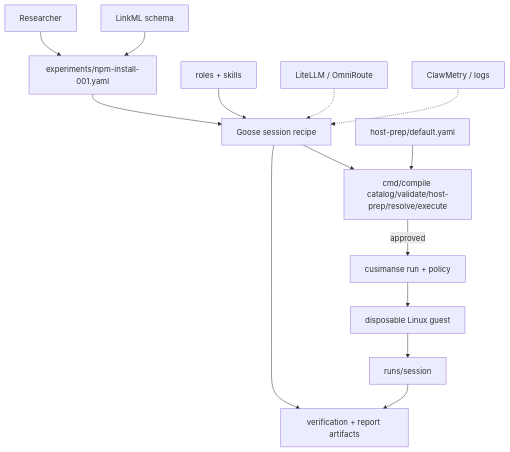
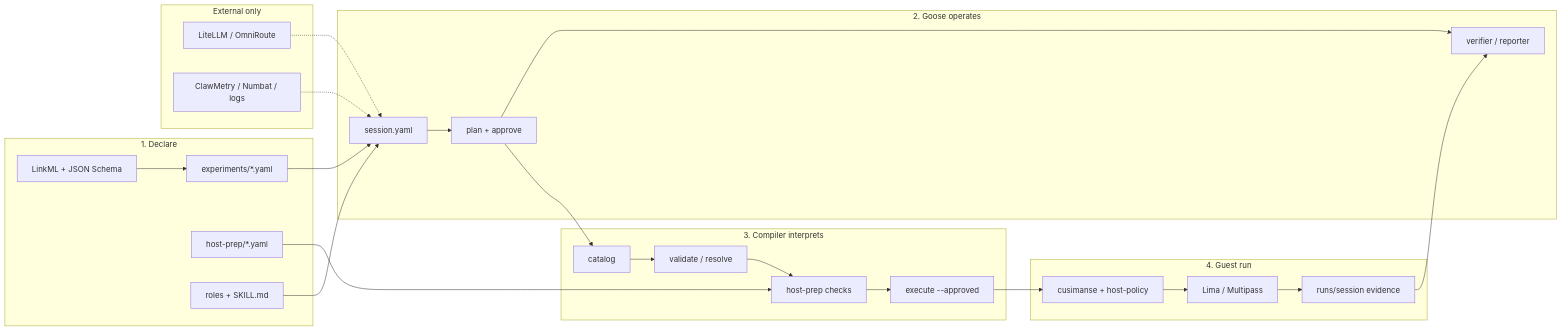
The diagram in README.md (Opposum0112/Cusimanse), drawn with Mermaid before and after one commit. The commit also changed other lines of this file, not shown here.

Commit message:
docs: richer architecture diagram and component notes in README

````diff
--- a/README.md
+++ b/README.md
@@ -39,16 +38,47 @@
 ```mermaid
-flowchart TB
-  researcher[Researcher] --> yaml[experiments/npm-install-001.yaml]
-  schema[LinkML schema] --> yaml
-  yaml --> goose[Goose session recipe]
-  roles[roles + skills] --> goose
-  goose --> compile[cmd/compile catalog/validate/host-prep/resolve/execute]
-  hostprep[host-prep/default.yaml] --> compile
-  compile -->|approved| engine[cusimanse run + policy]
-  engine --> vm[disposable Linux guest]
-  vm --> runs[runs/session]
-  goose --> report[verification + report artifacts]
-  runs --> report
-  gw[LiteLLM / OmniRoute] -.-> goose
-  obs[ClawMetry / logs] -.-> goose
+flowchart LR
+  subgraph Declare["1. Declare"]
+    Schema["LinkML + JSON Schema"]
+    Exp["experiments/*.yaml"]
+    Prep["host-prep/*.yaml"]
+    Roles["roles + SKILL.md"]
+    Schema --> Exp
+  end
+
+  subgraph Operate["2. Goose operates"]
+    Recipe["session.yaml"]
+    Plan["plan + approve"]
+    Summon["verifier / reporter"]
+    Recipe --> Plan
+    Plan --> Summon
+  end
+
+  subgraph Compile["3. Compiler interprets"]
+    Cat["catalog"]
+    Val["validate / resolve"]
+    HP["host-prep checks"]
+    Ex["execute --approved"]
+    Cat --> Val --> HP --> Ex
+  end
+
+  subgraph Run["4. Guest run"]
+    Engine["cusimanse + host-policy"]
+    VM["Lima / Multipass"]
+    Ev["runs/session evidence"]
+    Engine --> VM --> Ev
+  end
+
+  subgraph Side["External only"]
+    GW["LiteLLM / OmniRoute"]
+    Obs["ClawMetry / Numbat / logs"]
+  end
+
+  Exp --> Recipe
+  Roles --> Recipe
+  Prep --> HP
+  Plan --> Cat
+  Ex --> Engine
+  Ev --> Summon
+  GW -.-> Recipe
+  Obs -.-> Recipe
 ```
````
